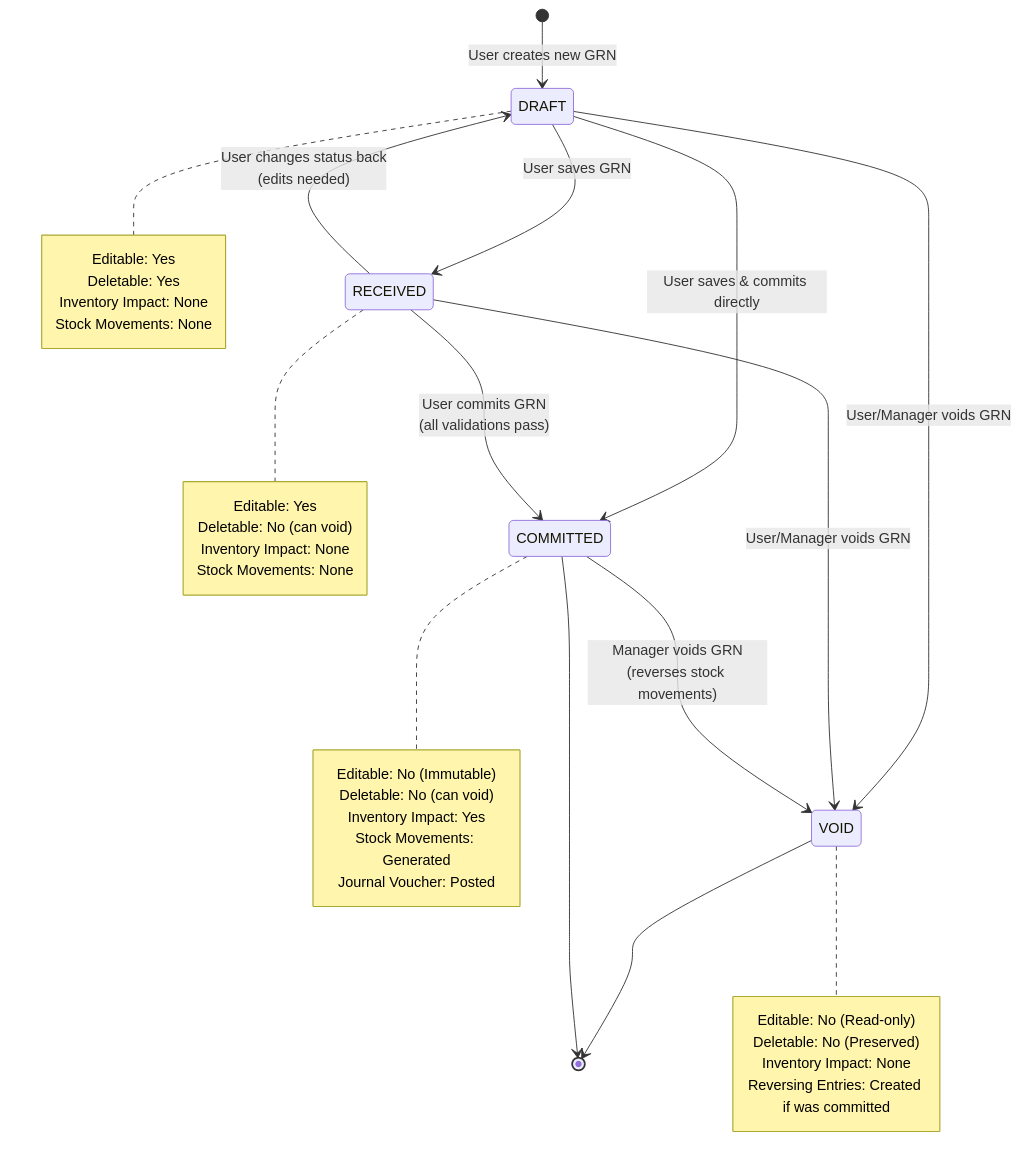
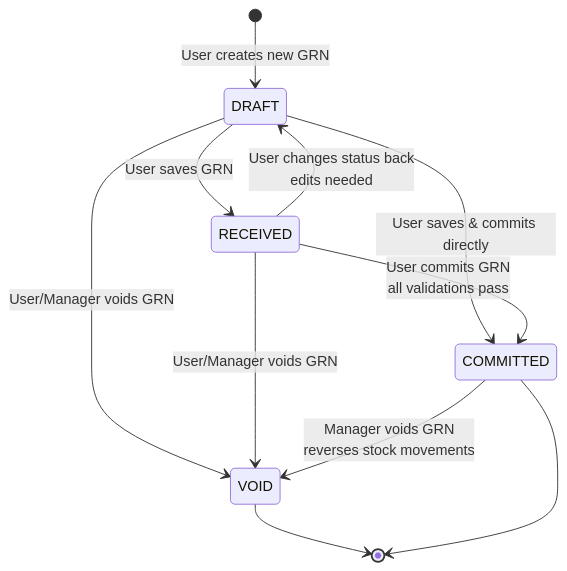
Before and after one commit to CarmenSoftware-organization/carmen: the third of 6 diagrams in docs/app/procurement/goods-received-notes/FD-goods-received-note.md, drawn with Mermaid. The commit also changed other lines of this file and 23 other files, not shown here.

````diff
--- a/docs/app/procurement/goods-received-notes/FD-goods-received-note.md
+++ b/docs/app/procurement/goods-received-notes/FD-goods-received-note.md
@@ -219,46 +224,17 @@
 ```mermaid
 stateDiagram-v2
     [*] --> DRAFT: User creates new GRN
 
     DRAFT --> RECEIVED: User saves GRN
     DRAFT --> COMMITTED: User saves & commits directly
     DRAFT --> VOID: User/Manager voids GRN
 
-    RECEIVED --> COMMITTED: User commits GRN<br/>(all validations pass)
+    RECEIVED --> COMMITTED: User commits GRN<br/>all validations pass
     RECEIVED --> VOID: User/Manager voids GRN
-    RECEIVED --> DRAFT: User changes status back<br/>(edits needed)
+    RECEIVED --> DRAFT: User changes status back<br/>edits needed
 
-    COMMITTED --> VOID: Manager voids GRN<br/>(reverses stock movements)
+    COMMITTED --> VOID: Manager voids GRN<br/>reverses stock movements
 
     VOID --> [*]
     COMMITTED --> [*]
-
-    note right of DRAFT
-        Editable: Yes
-        Deletable: Yes
-        Inventory Impact: None
-        Stock Movements: None
-    end note
-
-    note right of RECEIVED
-        Editable: Yes
-        Deletable: No (can void)
-        Inventory Impact: None
-        Stock Movements: None
-    end note
-
-    note right of COMMITTED
-        Editable: No (Immutable)
-        Deletable: No (can void)
-        Inventory Impact: Yes
-        Stock Movements: Generated
-        Journal Voucher: Posted
-    end note
-
-    note right of VOID
-        Editable: No (Read-only)
-        Deletable: No (Preserved)
-        Inventory Impact: None
-        Reversing Entries: Created if was committed
-    end note
 ```
````
